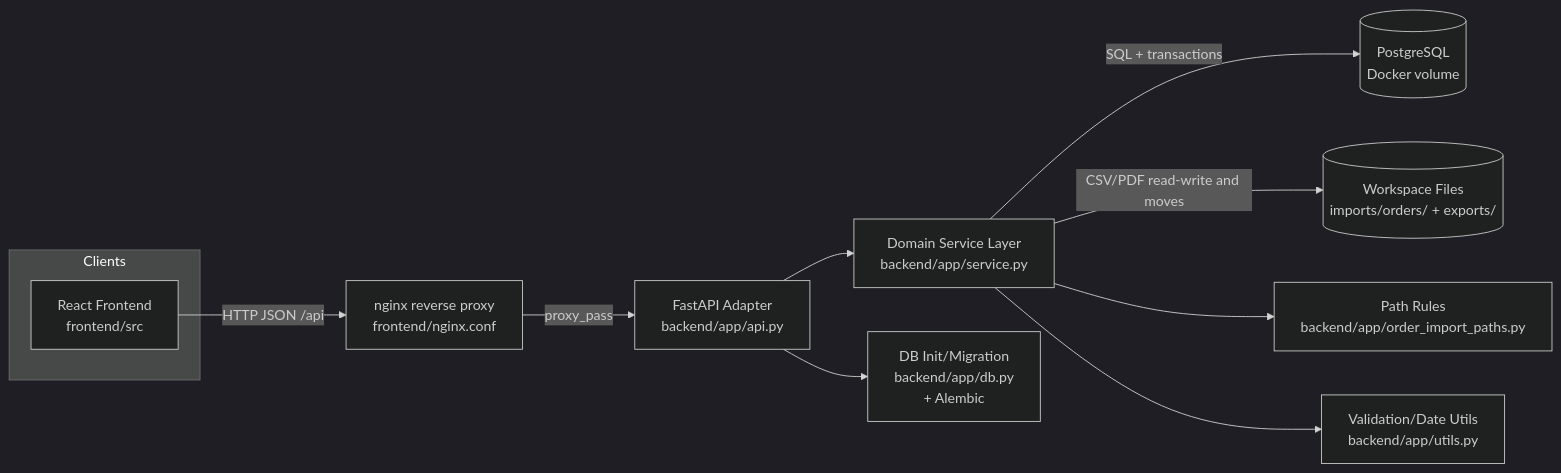
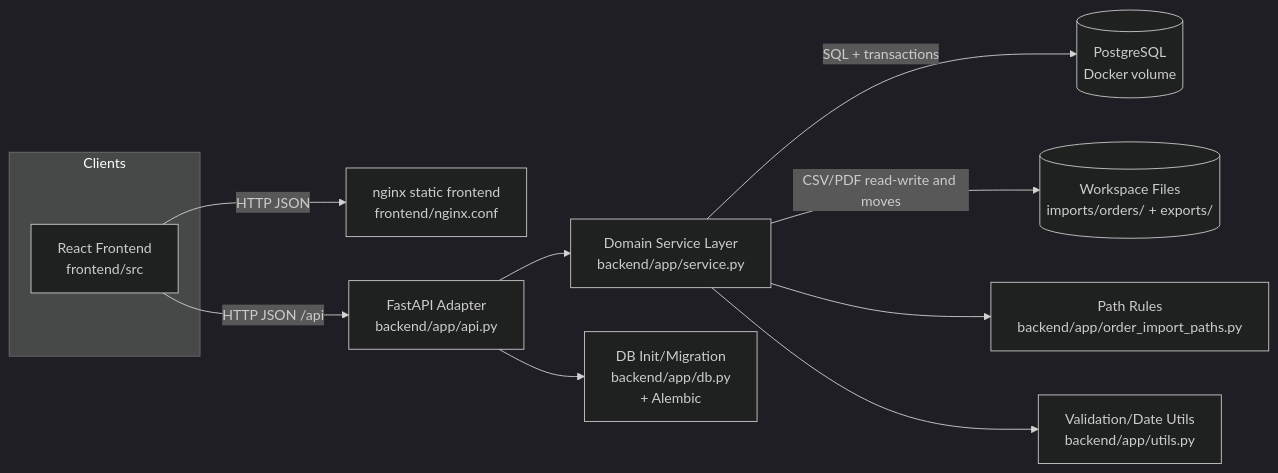
Before and after one commit to Kenshin-Isogai/materials_management-shared_version-: the first of 3 diagrams in documents/technical_documentation.md, drawn with Mermaid (dark theme). The commit also changed other lines of this file and 20 other files, not shown here.

````diff
--- a/documents/technical_documentation.md
+++ b/documents/technical_documentation.md
@@ -133,18 +135,18 @@
 ```mermaid
 flowchart LR
     subgraph Clients
         FE[React Frontend\nfrontend/src]
     end
 
-    FE -->|HTTP JSON /api| NGINX[nginx reverse proxy\nfrontend/nginx.conf]
-    NGINX -->|proxy_pass| API[FastAPI Adapter\nbackend/app/api.py]
+    FE -->|HTTP JSON| NGINX[nginx static frontend\nfrontend/nginx.conf]
+    FE -->|HTTP JSON /api| API[FastAPI Adapter\nbackend/app/api.py]
 
     API --> SVC[Domain Service Layer\nbackend/app/service.py]
 
     API --> DBINIT[DB Init/Migration\nbackend/app/db.py\n+ Alembic]
 
     SVC -->|SQL + transactions| DB[(PostgreSQL\nDocker volume)]
     SVC -->|CSV/PDF read-write and moves| FS[(Workspace Files\nimports/orders/ + exports/)]
     SVC --> QPATHS[Path Rules\nbackend/app/order_import_paths.py]
     SVC --> UTILS[Validation/Date Utils\nbackend/app/utils.py]
 ```
````
